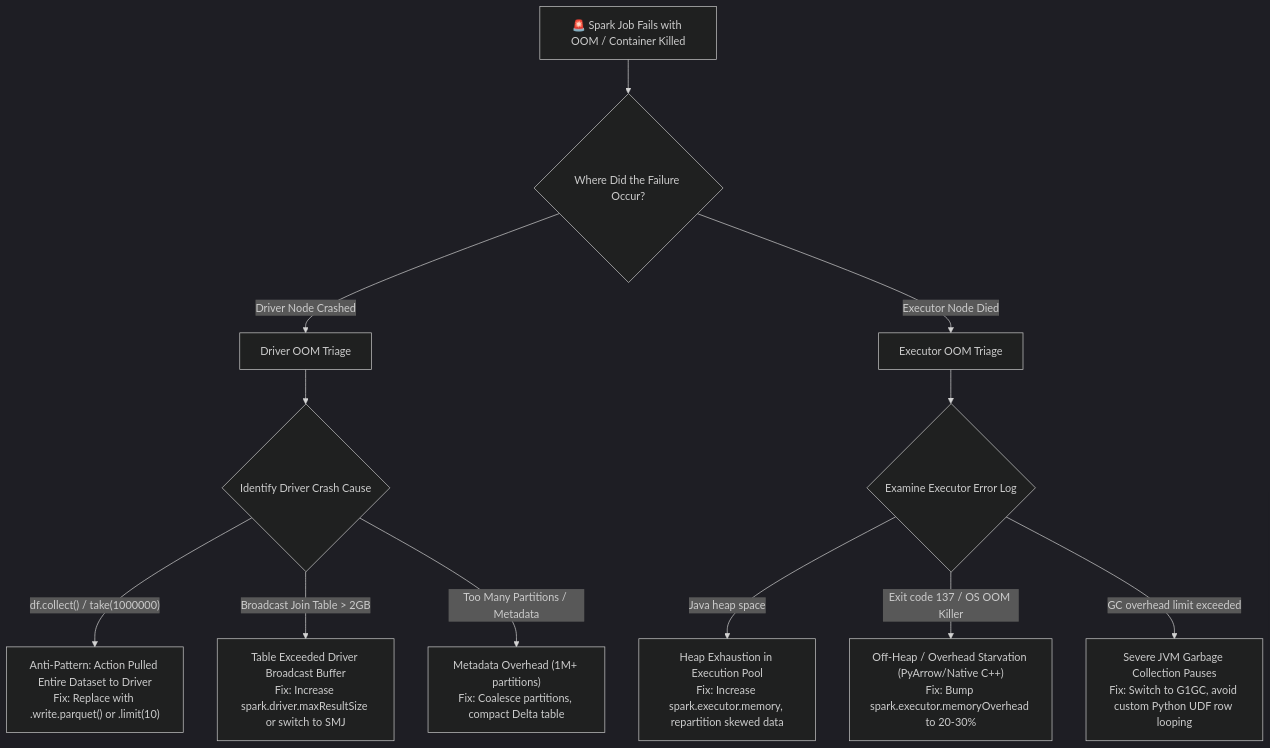
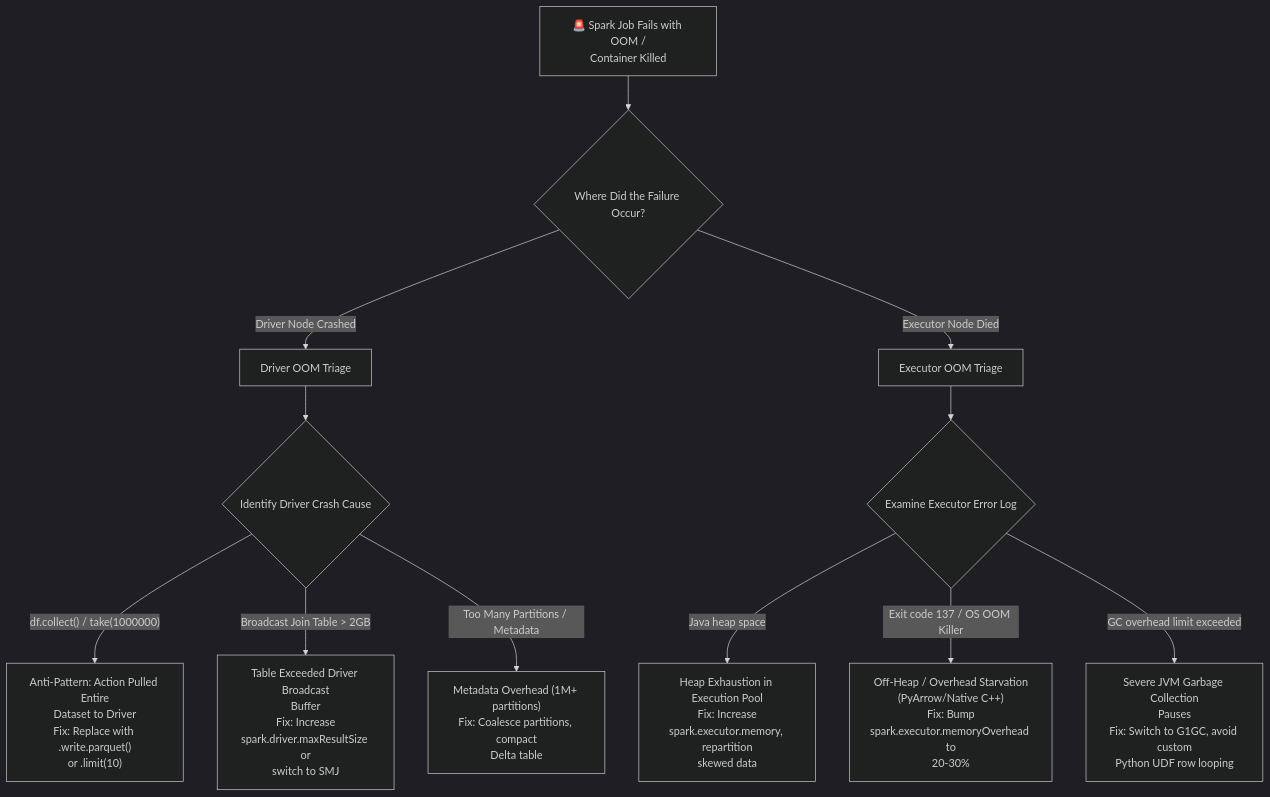
The diagram in runbooks/01_driver_and_executor_oom_triage.md (santoshjammi29/pyspark-handbook), drawn with Mermaid (dark theme) before and after one commit. The commit also changed 14 other files, not shown here.

Commit message:
fix(diagrams): word-wrap labels and escape comparison operators across all diagrams

````diff
--- a/runbooks/01_driver_and_executor_oom_triage.md
+++ b/runbooks/01_driver_and_executor_oom_triage.md
@@ -11,17 +11,17 @@
 ```mermaid
 flowchart TD
-    Start["🚨 Spark Job Fails with OOM / Container Killed"] --> CheckWhere{"Where Did the Failure Occur?"}
+    Start["🚨 Spark Job Fails with OOM /<br/>Container Killed"] --> CheckWhere{"Where Did the Failure Occur?"}
 
     CheckWhere -->|"Driver Node Crashed"| DriverTriage["Driver OOM Triage"]
     CheckWhere -->|"Executor Node Died"| ExecTriage["Executor OOM Triage"]
 
     DriverTriage --> CheckDriverCause{"Identify Driver Crash Cause"}
-    CheckDriverCause -->|"df.collect() / take(1000000)"| FixCollect["Anti-Pattern: Action Pulled Entire Dataset to Driver<br/>Fix: Replace with .write.parquet() or .limit(10)"]
-    CheckDriverCause -->|"Broadcast Join Table > 2GB"| FixBroadcast["Table Exceeded Driver Broadcast Buffer<br/>Fix: Increase spark.driver.maxResultSize or switch to SMJ"]
-    CheckDriverCause -->|"Too Many Partitions / Metadata"| FixMetadata["Metadata Overhead (1M+ partitions)<br/>Fix: Coalesce partitions, compact Delta table"]
+    CheckDriverCause -->|"df.collect() / take(1000000)"| FixCollect["Anti-Pattern: Action Pulled Entire<br/>Dataset to Driver<br/>Fix: Replace with .write.parquet()<br/>or .limit(10)"]
+    CheckDriverCause -->|"Broadcast Join Table &gt; 2GB"| FixBroadcast["Table Exceeded Driver Broadcast<br/>Buffer<br/>Fix: Increase<br/>spark.driver.maxResultSize or<br/>switch to SMJ"]
+    CheckDriverCause -->|"Too Many Partitions / Metadata"| FixMetadata["Metadata Overhead (1M+ partitions)<br/>Fix: Coalesce partitions, compact<br/>Delta table"]
 
     ExecTriage --> CheckExecCause{"Examine Executor Error Log"}
-    CheckExecCause -->|"Java heap space"| FixHeap["Heap Exhaustion in Execution Pool<br/>Fix: Increase spark.executor.memory, repartition skewed data"]
-    CheckExecCause -->|"Exit code 137 / OS OOM Killer"| FixOverhead["Off-Heap / Overhead Starvation (PyArrow/Native C++)<br/>Fix: Bump spark.executor.memoryOverhead to 20-30%"]
-    CheckExecCause -->|"GC overhead limit exceeded"| FixGC["Severe JVM Garbage Collection Pauses<br/>Fix: Switch to G1GC, avoid custom Python UDF row looping"]
+    CheckExecCause -->|"Java heap space"| FixHeap["Heap Exhaustion in Execution Pool<br/>Fix: Increase<br/>spark.executor.memory, repartition<br/>skewed data"]
+    CheckExecCause -->|"Exit code 137 / OS OOM Killer"| FixOverhead["Off-Heap / Overhead Starvation<br/>(PyArrow/Native C++)<br/>Fix: Bump<br/>spark.executor.memoryOverhead to<br/>20-30%"]
+    CheckExecCause -->|"GC overhead limit exceeded"| FixGC["Severe JVM Garbage Collection<br/>Pauses<br/>Fix: Switch to G1GC, avoid custom<br/>Python UDF row looping"]
 ```
````
